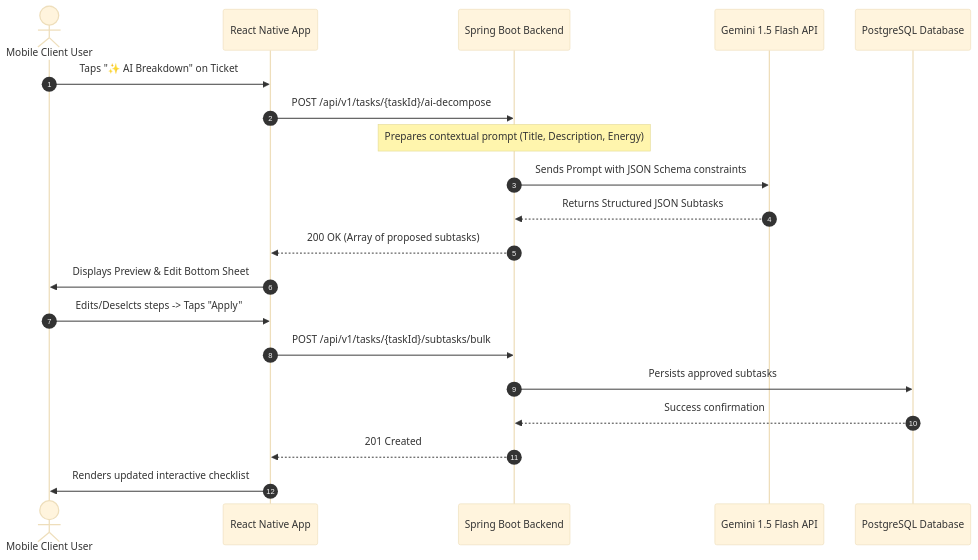
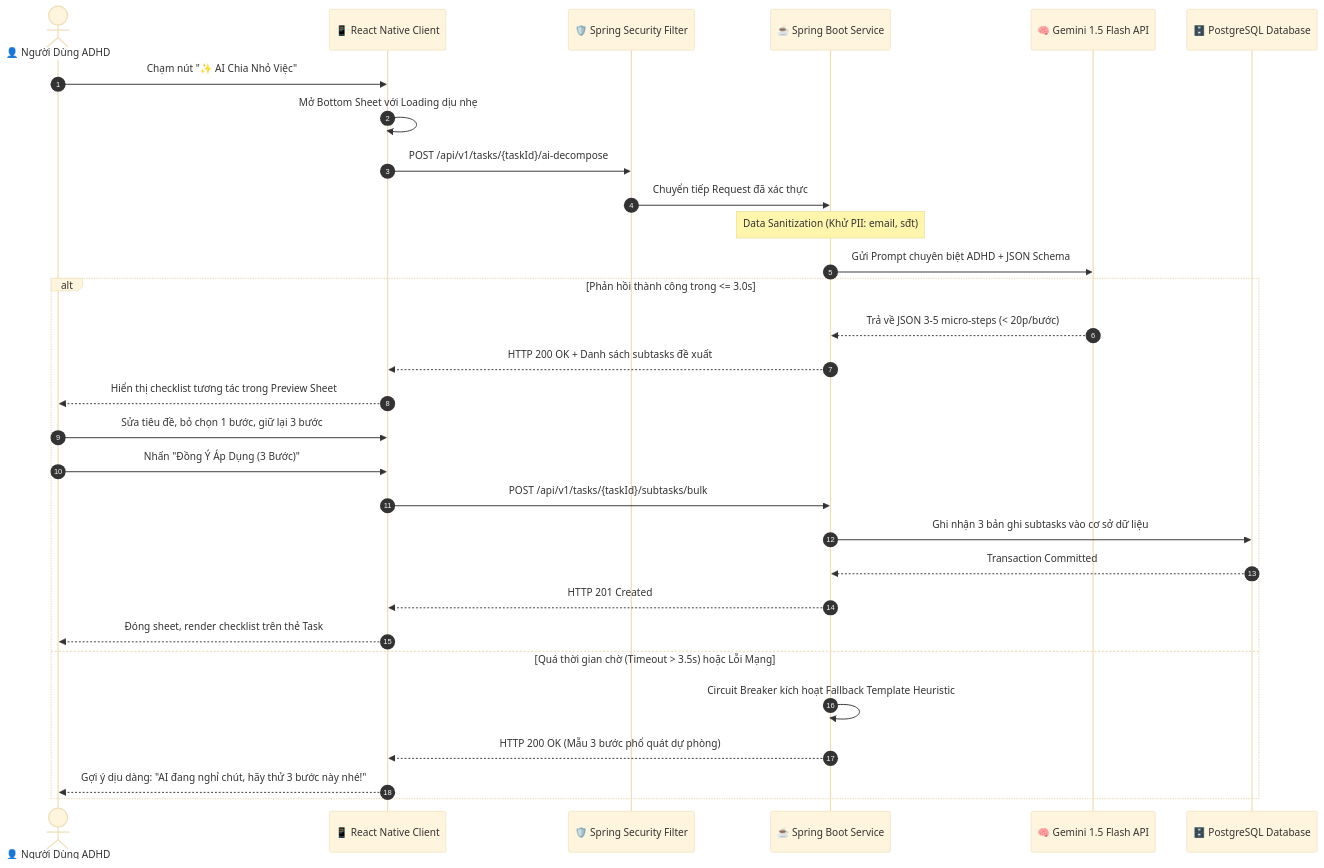
One commit to imkhari/Orbit changed the third of 7 diagrams in docs/prd/02_PRD.md. Above: the diagram before and after it, drawn with Mermaid (base theme). The commit also changed other lines of this file and 1 other file, not shown here.

Commit message:
docs(prd): update PRD and user stories acceptance criteria

````diff
--- a/docs/prd/02_PRD.md
+++ b/docs/prd/02_PRD.md
@@ -170,23 +171,33 @@
 ```mermaid
 sequenceDiagram
     autonumber
-    actor User as Mobile Client User
-    participant RN as React Native App
-    participant Spring as Spring Boot Backend
-    participant AI as Gemini 1.5 Flash API
-    participant DB as PostgreSQL Database
+    actor User as 👤 Người Dùng ADHD
+    participant Mobile as 📱 React Native Client
+    participant Gateway as 🛡️ Spring Security Filter
+    participant Spring as ☕ Spring Boot Service
+    participant Gemini as 🧠 Gemini 1.5 Flash API
+    participant DB as 🗄️ PostgreSQL Database
 
-    User->>RN: Taps "✨ AI Breakdown" on Ticket
-    RN->>Spring: POST /api/v1/tasks/{taskId}/ai-decompose
-    Note over Spring: Prepares contextual prompt (Title, Description, Energy)
-    Spring->>AI: Sends Prompt with JSON Schema constraints
-    AI-->>Spring: Returns Structured JSON Subtasks
-    Spring-->>RN: 200 OK (Array of proposed subtasks)
-    RN->>User: Displays Preview & Edit Bottom Sheet
-    User->>RN: Edits/Deselcts steps -> Taps "Apply"
-    RN->>Spring: POST /api/v1/tasks/{taskId}/subtasks/bulk
-    Spring->>DB: Persists approved subtasks
-    DB-->>Spring: Success confirmation
-    Spring-->>RN: 201 Created
-    RN->>User: Renders updated interactive checklist
+    User->>Mobile: Chạm nút "✨ AI Chia Nhỏ Việc"
+    Mobile->>Mobile: Mở Bottom Sheet với Loading dịu nhẹ
+    Mobile->>Gateway: POST /api/v1/tasks/{taskId}/ai-decompose
+    Gateway->>Spring: Chuyển tiếp Request đã xác thực
+    Note over Spring: Data Sanitization (Khử PII: email, sđt)
+    Spring->>Gemini: Gửi Prompt chuyên biệt ADHD + JSON Schema
+    alt Phản hồi thành công trong <= 3.0s
+        Gemini-->>Spring: Trả về JSON 3-5 micro-steps (< 20p/bước)
+        Spring-->>Mobile: HTTP 200 OK + Danh sách subtasks đề xuất
+        Mobile-->>User: Hiển thị checklist tương tác trong Preview Sheet
+        User->>Mobile: Sửa tiêu đề, bỏ chọn 1 bước, giữ lại 3 bước
+        User->>Mobile: Nhấn "Đồng Ý Áp Dụng (3 Bước)"
+        Mobile->>Spring: POST /api/v1/tasks/{taskId}/subtasks/bulk
+        Spring->>DB: Ghi nhận 3 bản ghi subtasks vào cơ sở dữ liệu
+        DB-->>Spring: Transaction Committed
+        Spring-->>Mobile: HTTP 201 Created
+        Mobile-->>User: Đóng sheet, render checklist trên thẻ Task
+    else Quá thời gian chờ (Timeout > 3.5s) hoặc Lỗi Mạng
+        Spring->>Spring: Circuit Breaker kích hoạt Fallback Template Heuristic
+        Spring-->>Mobile: HTTP 200 OK (Mẫu 3 bước phổ quát dự phòng)
+        Mobile-->>User: Gợi ý dịu dàng: "AI đang nghỉ chút, hãy thử 3 bước này nhé!"
+    end
 ```
````
